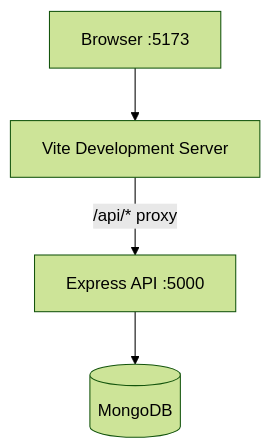
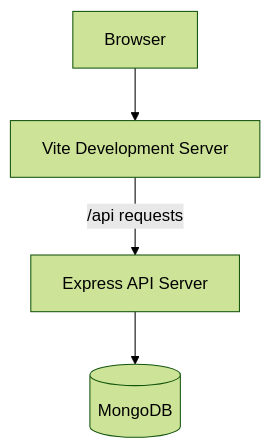
Before and after one commit to Swayam-Aggarwal/ContractGuard: the second of 8 diagrams in docs/Architecture.md, drawn with Mermaid (forest theme). The commit also changed other lines of this file and 32 other files, not shown here.

````diff
--- a/docs/Architecture.md
+++ b/docs/Architecture.md
@@ -102,11 +416,11 @@
 ```mermaid
-flowchart TB
-    Browser["Browser :5173"]
-    Vite["Vite Development Server"]
-    Express["Express API :5000"]
-    Mongo[("MongoDB")]
+flowchart TD
+    BROWSER["Browser"]
+    VITE["Vite Development Server"]
+    EXPRESS["Express API Server"]
+    MONGO[("MongoDB")]
 
-    Browser --> Vite
-    Vite -->|" /api/* proxy "| Express
-    Express --> Mongo
+    BROWSER --> VITE
+    VITE -->|"/api requests"| EXPRESS
+    EXPRESS --> MONGO
 ```
````
